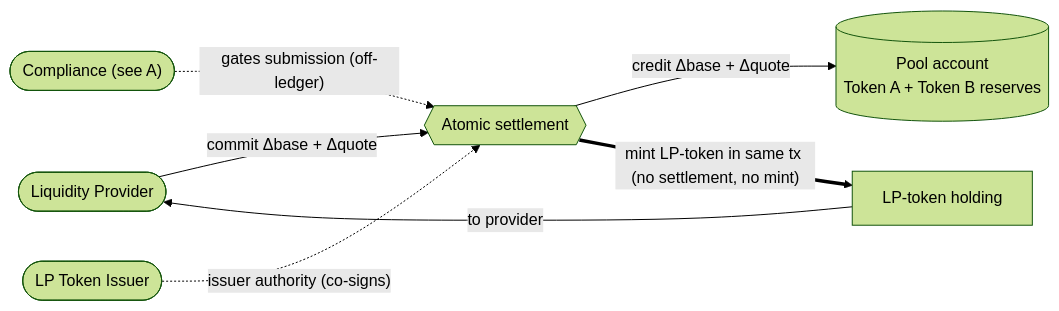
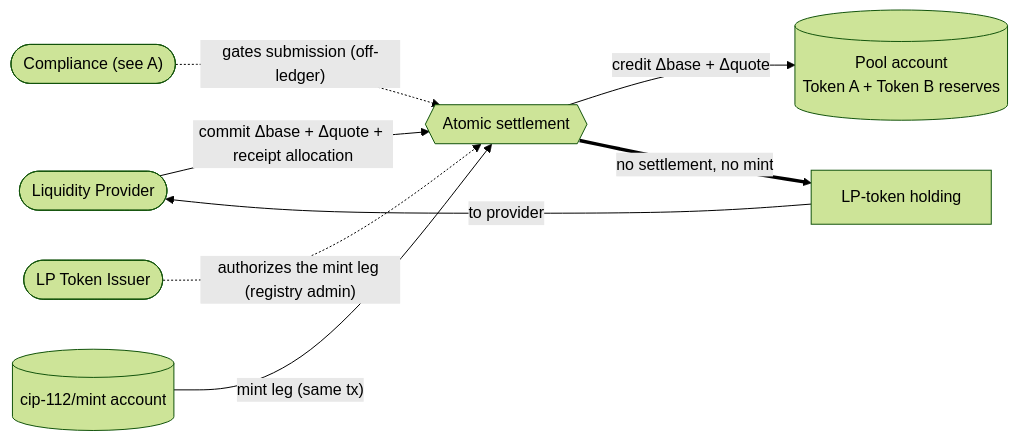
Before and after one commit to OpenZeppelin/canton-specs: the third of 5 diagrams in docs/reference-architectures/dex.md, drawn with Mermaid (forest theme). The commit also changed other lines of this file, not shown here.

````diff
--- a/docs/reference-architectures/dex.md
+++ b/docs/reference-architectures/dex.md
@@ -375,16 +380,18 @@
 ```mermaid
 flowchart LR
     LP([Liquidity Provider])
     LPIssuer([LP Token Issuer])
     Compliance(["Compliance (see A)"])
     Settle{{Atomic settlement}}
     PoolAcct[("Pool account<br/>Token A + Token B reserves")]
+    Mint[("cip-112/mint account")]
     LPtok["LP-token holding"]
 
-    LP -->|"commit Δbase + Δquote"| Settle
+    LP -->|"commit Δbase + Δquote + receipt allocation"| Settle
     Compliance -.->|"gates submission (off-ledger)"| Settle
-    LPIssuer -.->|"issuer authority (co-signs)"| Settle
+    LPIssuer -.->|"authorizes the mint leg (registry admin)"| Settle
+    Mint -->|"mint leg (same tx)"| Settle
     Settle -->|"credit Δbase + Δquote"| PoolAcct
-    Settle ==>|"mint LP-token in same tx (no settlement, no mint)"| LPtok
+    Settle ==>|"no settlement, no mint"| LPtok
     LPtok -->|"to provider"| LP
 ```
````
